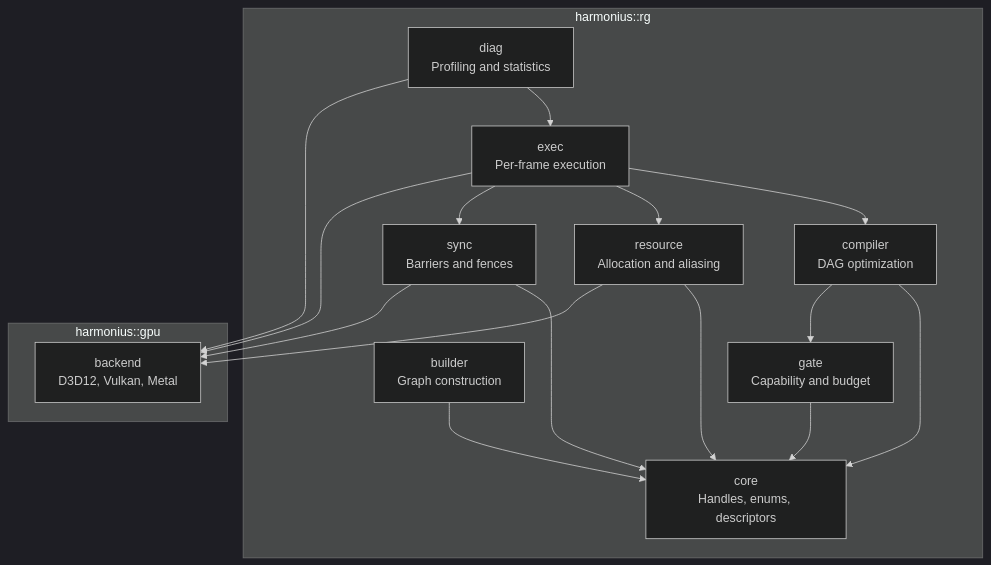
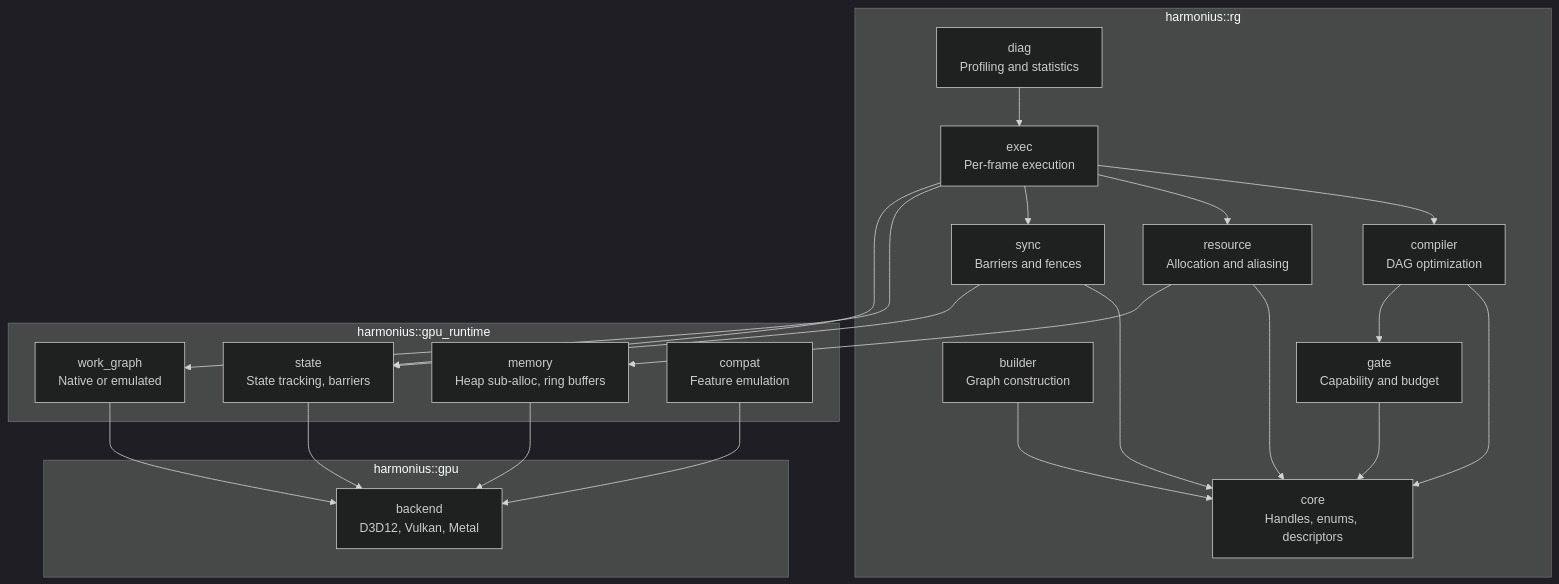
One commit to harmonius-dev/harmonius changed the second of 10 diagrams in docs/design/render-graph-design.md. Above: the diagram before and after it, drawn with Mermaid (dark theme). The commit also changed other lines of this file and 28 other files, not shown here.

First line of the commit message:
Add GPU runtime layer and remove VMA/D3D12MA dependencies

````diff
--- a/docs/design/render-graph-design.md
+++ b/docs/design/render-graph-design.md
@@ -196,32 +202,44 @@
 ```mermaid
 graph TD
     subgraph rg["harmonius::rg"]
         core["core<br/>Handles, enums, descriptors"]
         builder["builder<br/>Graph construction"]
         compiler["compiler<br/>DAG optimization"]
         resource["resource<br/>Allocation and aliasing"]
         sync["sync<br/>Barriers and fences"]
         gate["gate<br/>Capability and budget"]
         exec["exec<br/>Per-frame execution"]
         diag["diag<br/>Profiling and statistics"]
     end
 
+    subgraph gprt["harmonius::gpu_runtime"]
+        mem["memory<br/>Heap sub-alloc, ring buffers"]
+        st["state<br/>State tracking, barriers"]
+        wg["work_graph<br/>Native or emulated"]
+        compat["compat<br/>Feature emulation"]
+    end
+
     subgraph gpu["harmonius::gpu"]
         backend["backend<br/>D3D12, Vulkan, Metal"]
     end
 
     builder --> core
     compiler --> core
     compiler --> gate
     resource --> core
-    resource --> backend
+    resource --> mem
     sync --> core
-    sync --> backend
+    sync --> st
     gate --> core
     exec --> compiler
     exec --> resource
     exec --> sync
-    exec --> backend
+    exec --> wg
+    exec --> st
     diag --> exec
-    diag --> backend
+
+    mem --> backend
+    st --> backend
+    wg --> backend
+    compat --> backend
 ```
````
